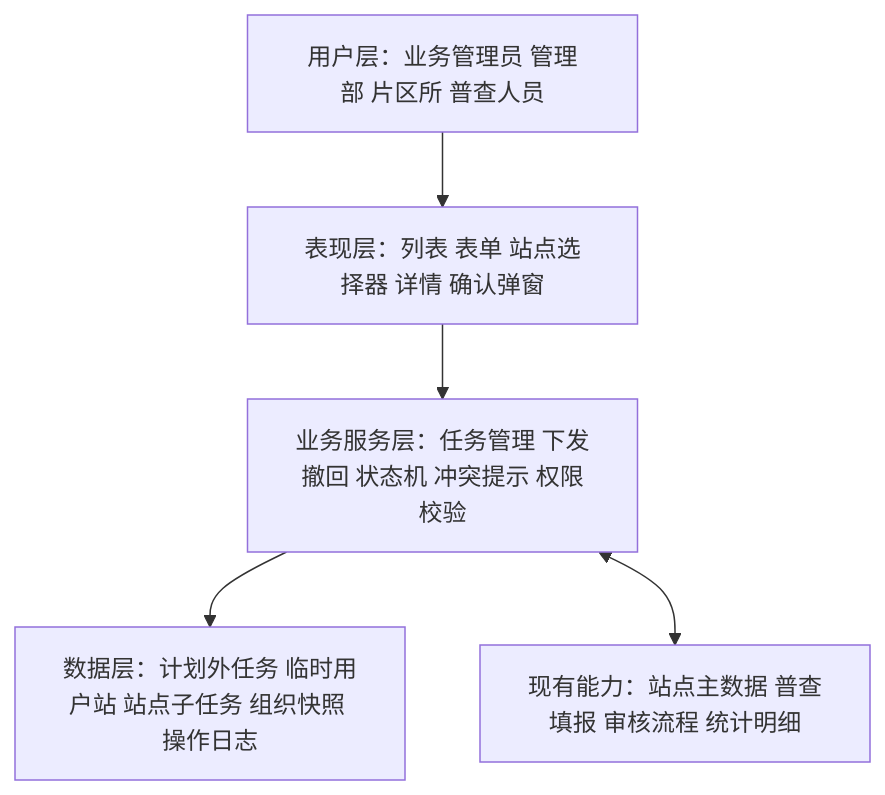
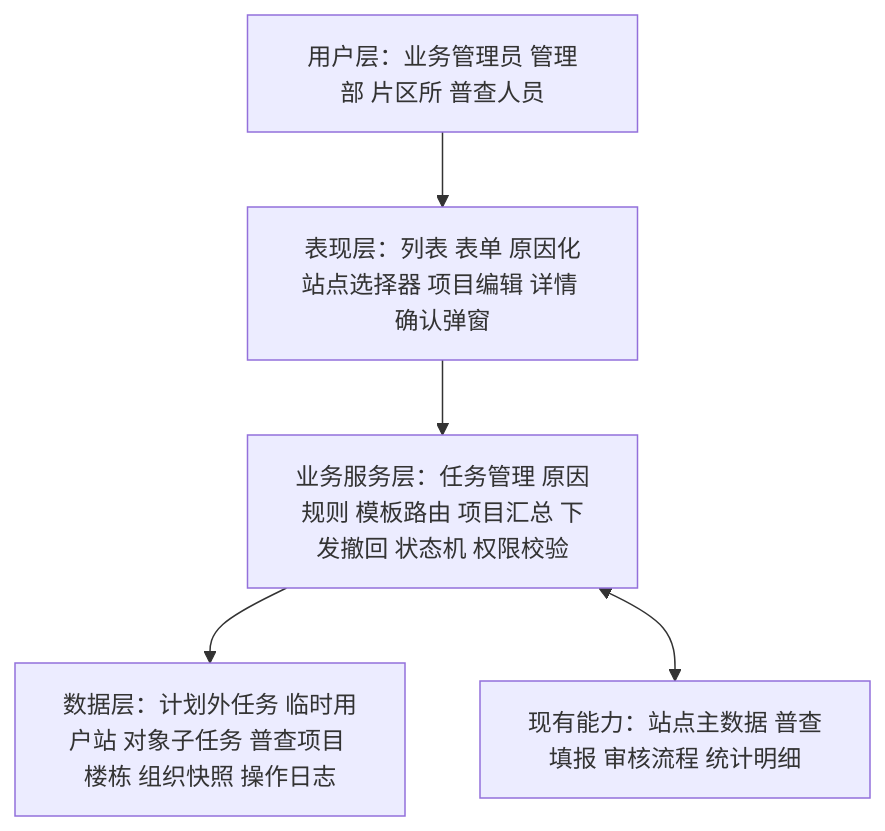
The second of 2 diagrams in docs/计划外普查任务管理-系统建设方案.md (caicai9807-code/Area-survey), drawn with Mermaid before and after one commit. The commit also changed other lines of this file and 21 other files, not shown here.

````diff
--- a/docs/计划外普查任务管理-系统建设方案.md
+++ b/docs/计划外普查任务管理-系统建设方案.md
@@ -43,10 +48,10 @@
 ```mermaid
 flowchart TB
     U[用户层：业务管理员 管理部 片区所 普查人员]
-    P[表现层：列表 表单 站点选择器 详情 确认弹窗]
-    S[业务服务层：任务管理 下发撤回 状态机 冲突提示 权限校验]
-    D[数据层：计划外任务 临时用户站 站点子任务 组织快照 操作日志]
+    P[表现层：列表 表单 原因化站点选择器 项目编辑 详情 确认弹窗]
+    S[业务服务层：任务管理 原因规则 模板路由 项目汇总 下发撤回 状态机 权限校验]
+    D[数据层：计划外任务 临时用户站 对象子任务 普查项目 楼栋 组织快照 操作日志]
     X[现有能力：站点主数据 普查填报 审核流程 统计明细]
     U --> P --> S --> D
     S <--> X
 ```
````
